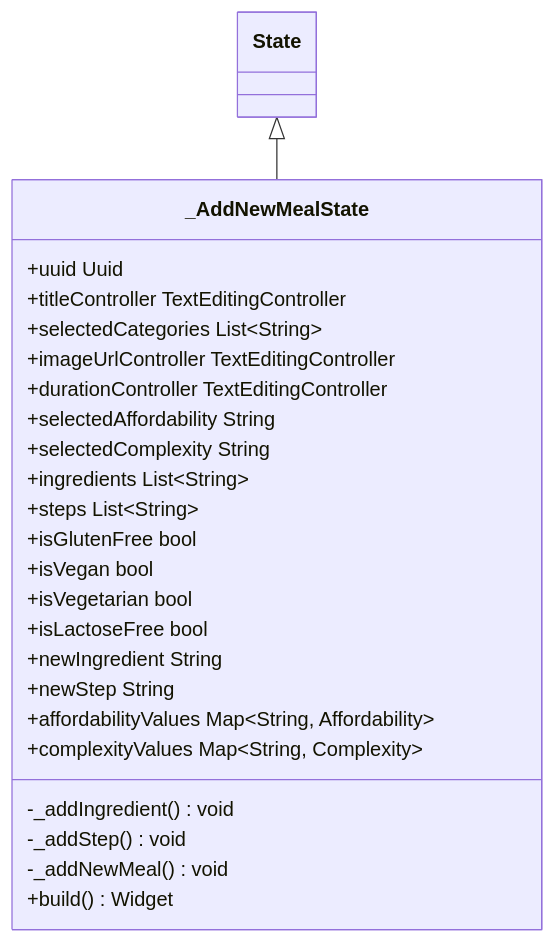
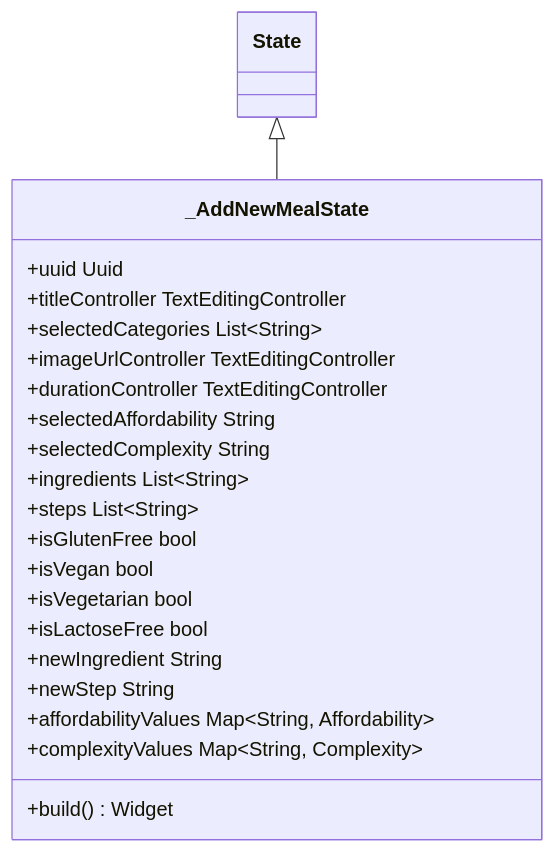
The fourth of 5 diagrams in README.md (Dardnos/MealsApp), drawn with Mermaid before and after one commit.

````diff
--- a/README.md
+++ b/README.md
@@ -255,26 +255,23 @@
 ```mermaid
 classDiagram
 class _AddNewMealState
 _AddNewMealState : +uuid Uuid
 _AddNewMealState : +titleController TextEditingController
 _AddNewMealState : +selectedCategories List~String~
 _AddNewMealState : +imageUrlController TextEditingController
 _AddNewMealState : +durationController TextEditingController
 _AddNewMealState : +selectedAffordability String
 _AddNewMealState : +selectedComplexity String
 _AddNewMealState : +ingredients List~String~
 _AddNewMealState : +steps List~String~
 _AddNewMealState : +isGlutenFree bool
 _AddNewMealState : +isVegan bool
 _AddNewMealState : +isVegetarian bool
 _AddNewMealState : +isLactoseFree bool
 _AddNewMealState : +newIngredient String
 _AddNewMealState : +newStep String
 _AddNewMealState : +affordabilityValues Map~String, Affordability~
 _AddNewMealState : +complexityValues Map~String, Complexity~
-_AddNewMealState : -_addIngredient() void
-_AddNewMealState : -_addStep() void
-_AddNewMealState : -_addNewMeal() void
 _AddNewMealState : +build() Widget
 State <|-- _AddNewMealState
 ```
````
